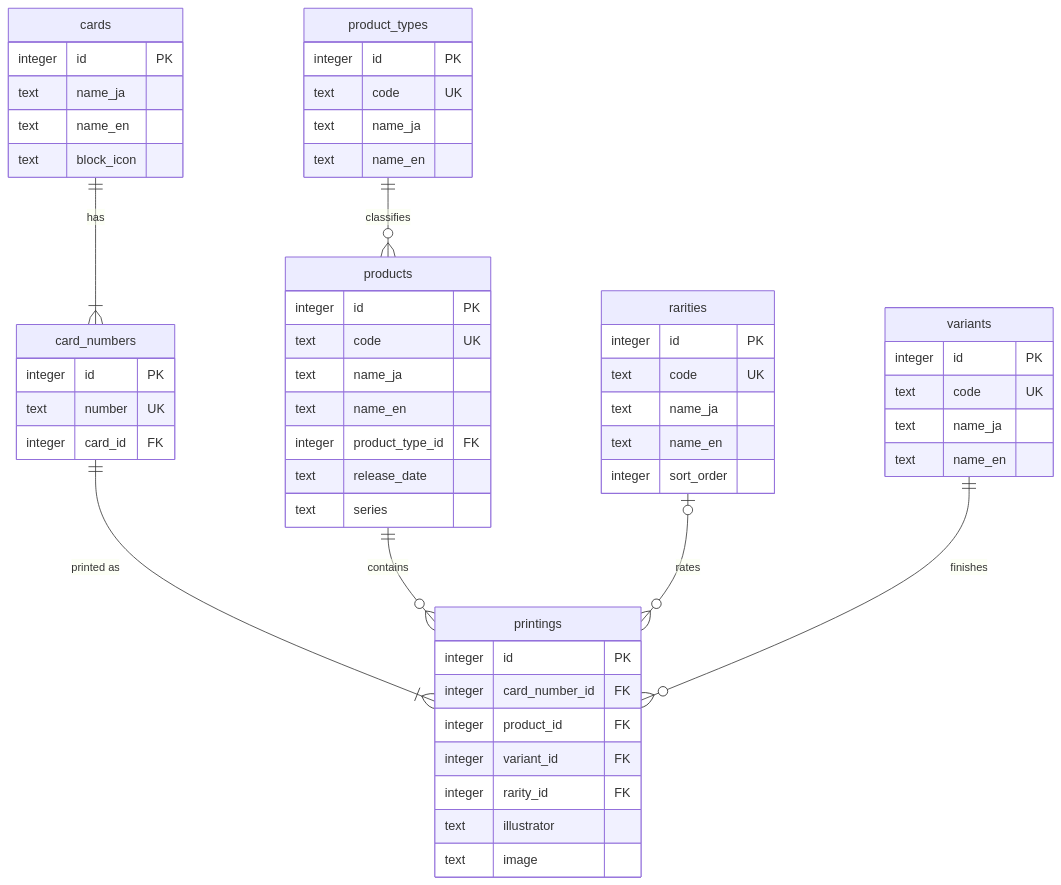
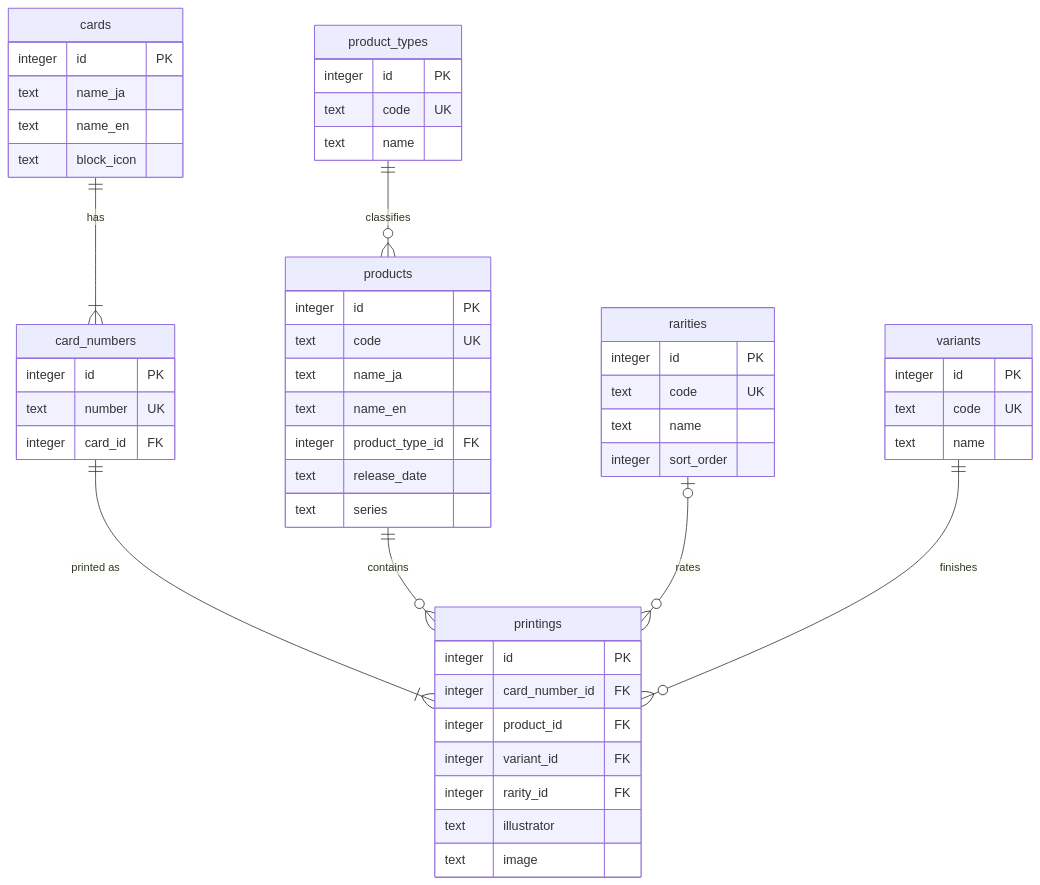
Before and after one commit to AleFire99/BS_Database: the first of 2 diagrams in docs/data-model/target-schema.md, drawn with Mermaid. The commit also changed other lines of this file and 3 other files, not shown here.

First line of the commit message:
docs(data-model): add gameplay attributes to target schema (#47)

````diff
--- a/docs/data-model/target-schema.md
+++ b/docs/data-model/target-schema.md
@@ -9,58 +9,55 @@
 ```mermaid
 erDiagram
     cards ||--|{ card_numbers : "has"
     card_numbers ||--|{ printings : "printed as"
     products ||--o{ printings : "contains"
     product_types ||--o{ products : "classifies"
     rarities |o--o{ printings : "rates"
     variants ||--o{ printings : "finishes"
 
     cards {
         integer id PK
         text name_ja
         text name_en
         text block_icon
     }
     card_numbers {
         integer id PK
         text number UK
         integer card_id FK
     }
     printings {
         integer id PK
         integer card_number_id FK
         integer product_id FK
         integer variant_id FK
         integer rarity_id FK
         text illustrator
         text image
     }
     products {
         integer id PK
         text code UK
         text name_ja
         text name_en
         integer product_type_id FK
         text release_date
         text series
     }
     product_types {
         integer id PK
         text code UK
-        text name_ja
-        text name_en
+        text name
     }
     rarities {
         integer id PK
         text code UK
-        text name_ja
-        text name_en
+        text name
         integer sort_order
     }
     variants {
         integer id PK
         text code UK
-        text name_ja
-        text name_en
+        text name
     }
 ```
````
